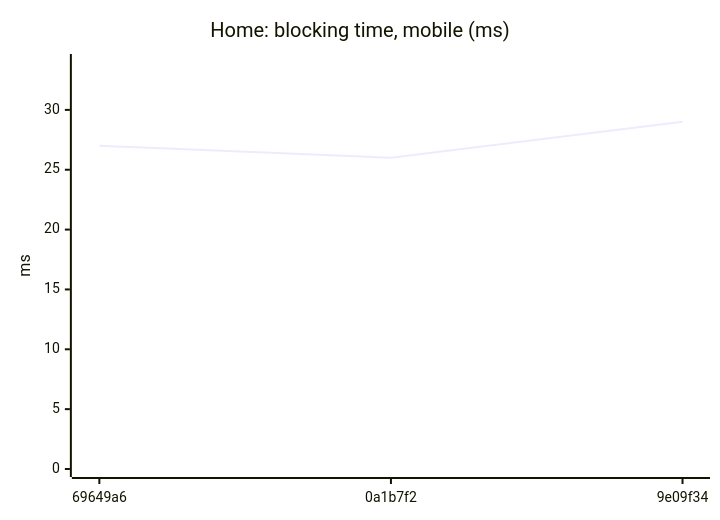
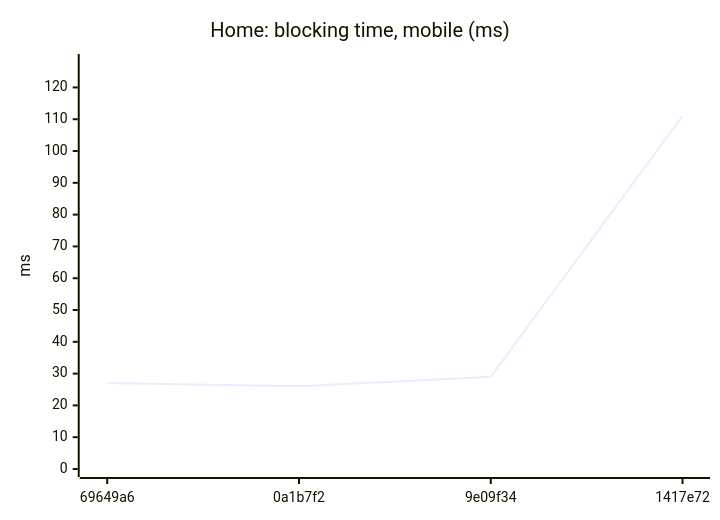
The second of 18 diagrams in README.md (AxelUser/maltsev.space), drawn with Mermaid before and after one commit. The commit also changed other lines of this file and 1 other file, not shown here.

````diff
--- a/README.md
+++ b/README.md
@@ -43,7 +43,7 @@
 ```mermaid
 xychart-beta
   title "Home: blocking time, mobile (ms)"
-  x-axis ["69649a6", "0a1b7f2", "9e09f34"]
-  y-axis "ms" 0 --> 34
-  line [27, 26, 29]
+  x-axis ["69649a6", "0a1b7f2", "9e09f34", "1417e72"]
+  y-axis "ms" 0 --> 128
+  line [27, 26, 29, 111]
 ```
````
